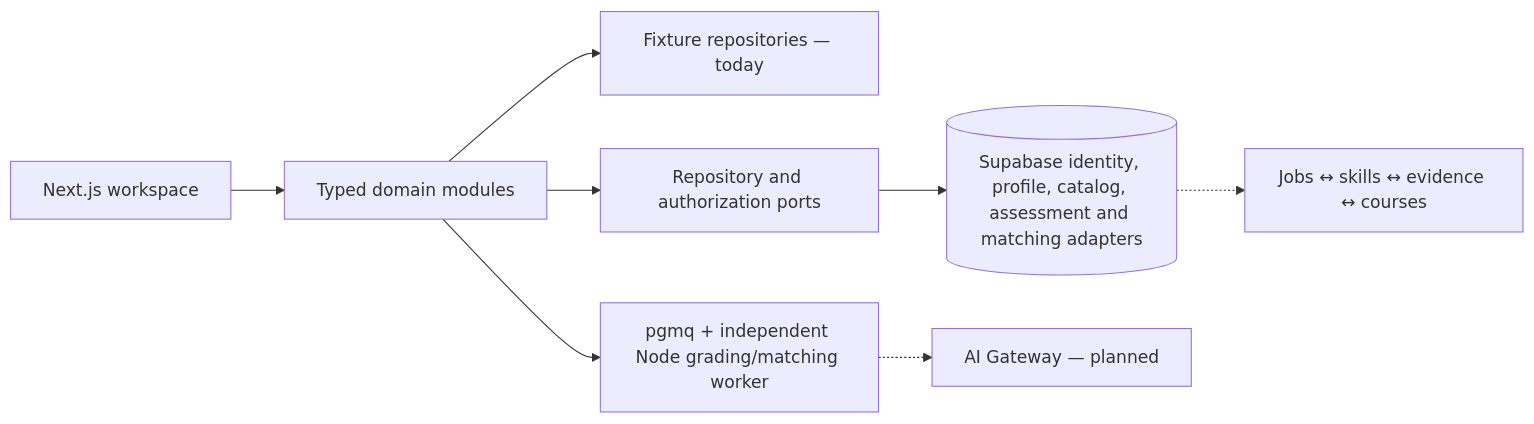
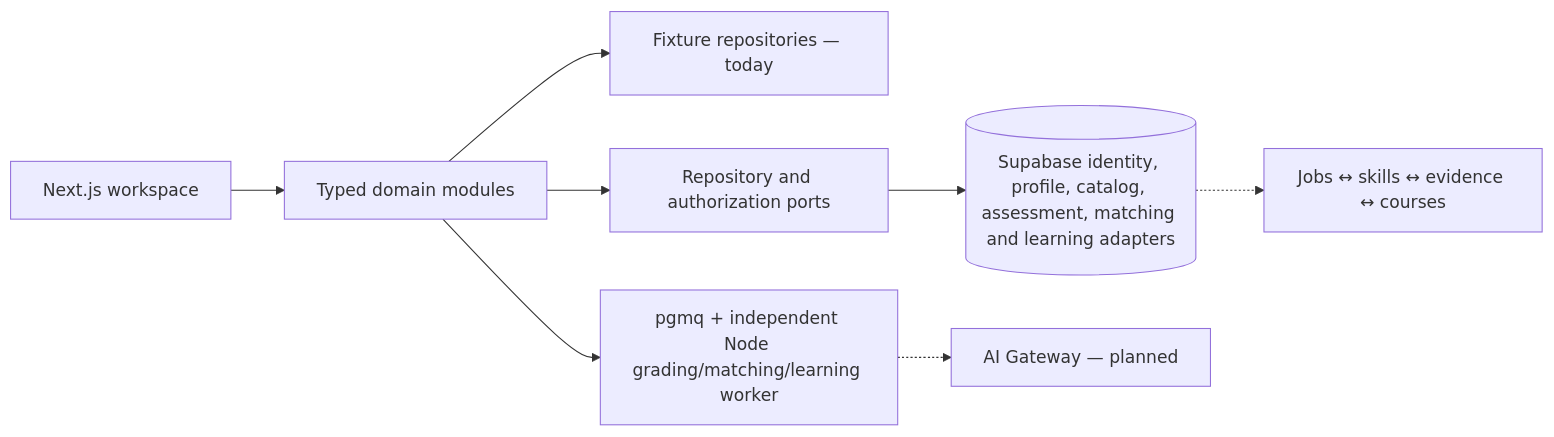
The diagram in README.md (jerry1022/rolefoundry), drawn with Mermaid before and after one commit. The commit also changed other lines of this file and 48 other files, not shown here.

````diff
--- a/README.md
+++ b/README.md
@@ -94,10 +94,10 @@
 ```mermaid
 flowchart LR
     UI[Next.js workspace] --> D[Typed domain modules]
     D --> F[Fixture repositories — today]
     D --> Ports[Repository and authorization ports]
-    Ports --> DB[(Supabase identity, profile, catalog, assessment and matching adapters)]
-    D --> Q[pgmq + independent Node grading/matching worker]
+    Ports --> DB[(Supabase identity, profile, catalog, assessment, matching and learning adapters)]
+    D --> Q[pgmq + independent Node grading/matching/learning worker]
     Q -.-> AI[AI Gateway — planned]
     DB -.-> S[Jobs ↔ skills ↔ evidence ↔ courses]
 ```
````
